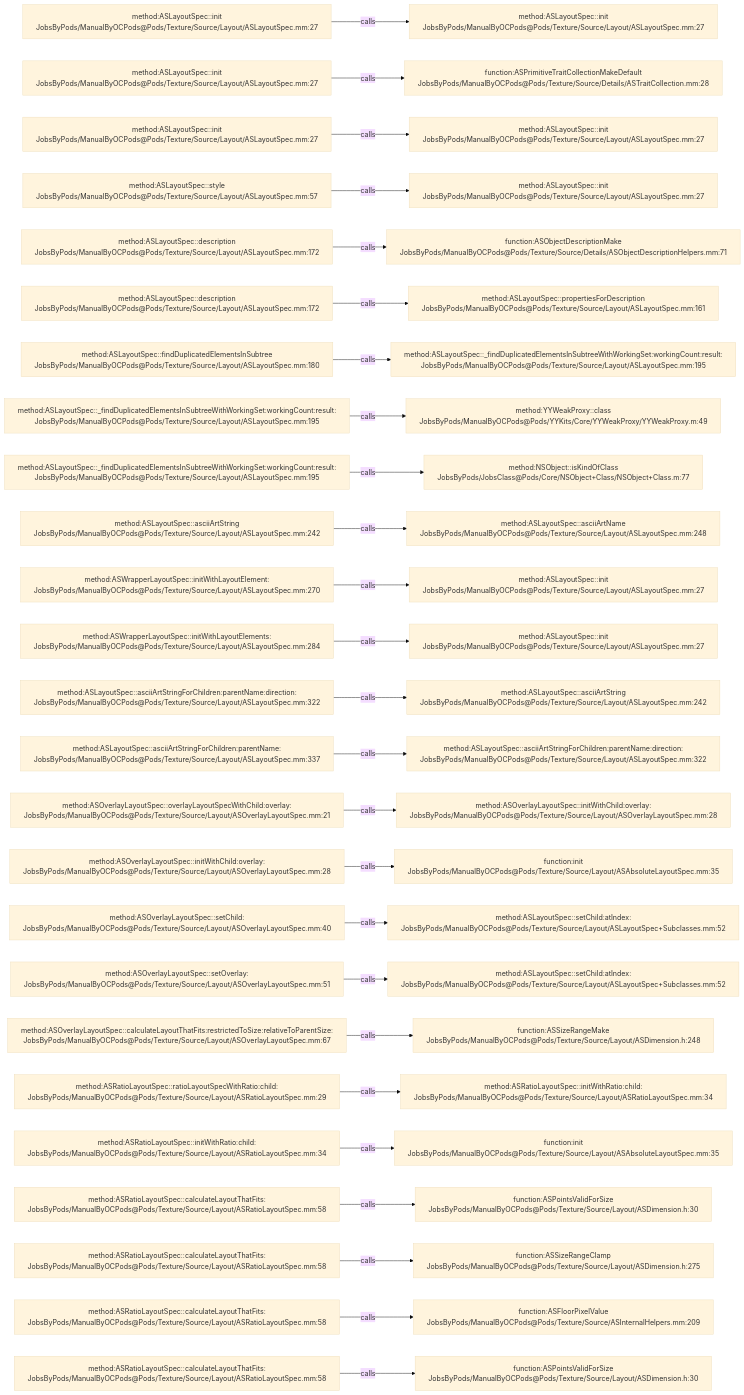
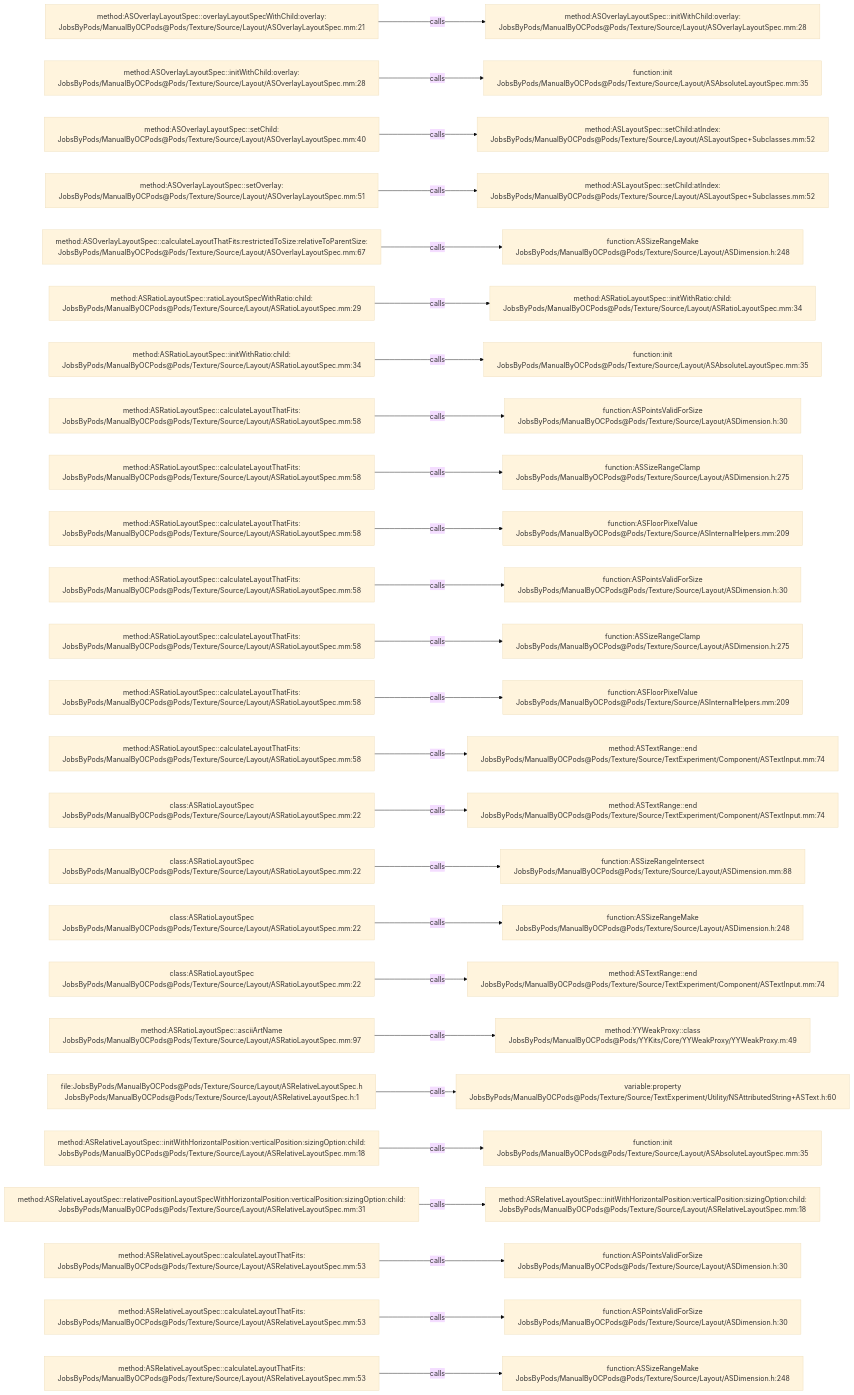
The diagram in .codegraph/codegraph.md/graphs/calls-183.md (JobsKits/JobsOCBaseConfigDemo), drawn with Mermaid (base theme) before and after one commit. The commit also changed 296 other files, not shown here.

````diff
--- a/.codegraph/codegraph.md/graphs/calls-183.md
+++ b/.codegraph/codegraph.md/graphs/calls-183.md
@@ -13,78 +13,78 @@
 ```mermaid
 flowchart LR
-  S1["method:ASLayoutSpec::init<br/>JobsByPods/ManualByOCPods@Pods/Texture/Source/Layout/ASLayoutSpec.mm:27"]
-  T1["method:ASLayoutSpec::init<br/>JobsByPods/ManualByOCPods@Pods/Texture/Source/Layout/ASLayoutSpec.mm:27"]
+  S1["method:ASOverlayLayoutSpec::overlayLayoutSpecWithChild:overlay:<br/>JobsByPods/ManualByOCPods@Pods/Texture/Source/Layout/ASOverlayLayoutSpec.mm:21"]
+  T1["method:ASOverlayLayoutSpec::initWithChild:overlay:<br/>JobsByPods/ManualByOCPods@Pods/Texture/Source/Layout/ASOverlayLayoutSpec.mm:28"]
   S1 -->|calls| T1
-  S2["method:ASLayoutSpec::init<br/>JobsByPods/ManualByOCPods@Pods/Texture/Source/Layout/ASLayoutSpec.mm:27"]
-  T2["function:ASPrimitiveTraitCollectionMakeDefault<br/>JobsByPods/ManualByOCPods@Pods/Texture/Source/Details/ASTraitCollection.mm:28"]
+  S2["method:ASOverlayLayoutSpec::initWithChild:overlay:<br/>JobsByPods/ManualByOCPods@Pods/Texture/Source/Layout/ASOverlayLayoutSpec.mm:28"]
+  T2["function:init<br/>JobsByPods/ManualByOCPods@Pods/Texture/Source/Layout/ASAbsoluteLayoutSpec.mm:35"]
   S2 -->|calls| T2
-  S3["method:ASLayoutSpec::init<br/>JobsByPods/ManualByOCPods@Pods/Texture/Source/Layout/ASLayoutSpec.mm:27"]
-  T3["method:ASLayoutSpec::init<br/>JobsByPods/ManualByOCPods@Pods/Texture/Source/Layout/ASLayoutSpec.mm:27"]
+  S3["method:ASOverlayLayoutSpec::setChild:<br/>JobsByPods/ManualByOCPods@Pods/Texture/Source/Layout/ASOverlayLayoutSpec.mm:40"]
+  T3["method:ASLayoutSpec::setChild:atIndex:<br/>JobsByPods/ManualByOCPods@Pods/Texture/Source/Layout/ASLayoutSpec+Subclasses.mm:52"]
   S3 -->|calls| T3
-  S4["method:ASLayoutSpec::style<br/>JobsByPods/ManualByOCPods@Pods/Texture/Source/Layout/ASLayoutSpec.mm:57"]
-  T4["method:ASLayoutSpec::init<br/>JobsByPods/ManualByOCPods@Pods/Texture/Source/Layout/ASLayoutSpec.mm:27"]
+  S4["method:ASOverlayLayoutSpec::setOverlay:<br/>JobsByPods/ManualByOCPods@Pods/Texture/Source/Layout/ASOverlayLayoutSpec.mm:51"]
+  T4["method:ASLayoutSpec::setChild:atIndex:<br/>JobsByPods/ManualByOCPods@Pods/Texture/Source/Layout/ASLayoutSpec+Subclasses.mm:52"]
   S4 -->|calls| T4
-  S5["method:ASLayoutSpec::description<br/>JobsByPods/ManualByOCPods@Pods/Texture/Source/Layout/ASLayoutSpec.mm:172"]
-  T5["function:ASObjectDescriptionMake<br/>JobsByPods/ManualByOCPods@Pods/Texture/Source/Details/ASObjectDescriptionHelpers.mm:71"]
+  S5["method:ASOverlayLayoutSpec::calculateLayoutThatFits:restrictedToSize:relativeToParentSize:<br/>JobsByPods/ManualByOCPods@Pods/Texture/Source/Layout/ASOverlayLayoutSpec.mm:67"]
+  T5["function:ASSizeRangeMake<br/>JobsByPods/ManualByOCPods@Pods/Texture/Source/Layout/ASDimension.h:248"]
   S5 -->|calls| T5
-  S6["method:ASLayoutSpec::description<br/>JobsByPods/ManualByOCPods@Pods/Texture/Source/Layout/ASLayoutSpec.mm:172"]
-  T6["method:ASLayoutSpec::propertiesForDescription<br/>JobsByPods/ManualByOCPods@Pods/Texture/Source/Layout/ASLayoutSpec.mm:161"]
+  S6["method:ASRatioLayoutSpec::ratioLayoutSpecWithRatio:child:<br/>JobsByPods/ManualByOCPods@Pods/Texture/Source/Layout/ASRatioLayoutSpec.mm:29"]
+  T6["method:ASRatioLayoutSpec::initWithRatio:child:<br/>JobsByPods/ManualByOCPods@Pods/Texture/Source/Layout/ASRatioLayoutSpec.mm:34"]
   S6 -->|calls| T6
-  S7["method:ASLayoutSpec::findDuplicatedElementsInSubtree<br/>JobsByPods/ManualByOCPods@Pods/Texture/Source/Layout/ASLayoutSpec.mm:180"]
-  T7["method:ASLayoutSpec::_findDuplicatedElementsInSubtreeWithWorkingSet:workingCount:result:<br/>JobsByPods/ManualByOCPods@Pods/Texture/Source/Layout/ASLayoutSpec.mm:195"]
+  S7["method:ASRatioLayoutSpec::initWithRatio:child:<br/>JobsByPods/ManualByOCPods@Pods/Texture/Source/Layout/ASRatioLayoutSpec.mm:34"]
+  T7["function:init<br/>JobsByPods/ManualByOCPods@Pods/Texture/Source/Layout/ASAbsoluteLayoutSpec.mm:35"]
   S7 -->|calls| T7
-  S8["method:ASLayoutSpec::_findDuplicatedElementsInSubtreeWithWorkingSet:workingCount:result:<br/>JobsByPods/ManualByOCPods@Pods/Texture/Source/Layout/ASLayoutSpec.mm:195"]
-  T8["method:YYWeakProxy::class<br/>JobsByPods/ManualByOCPods@Pods/YYKits/Core/YYWeakProxy/YYWeakProxy.m:49"]
+  S8["method:ASRatioLayoutSpec::calculateLayoutThatFits:<br/>JobsByPods/ManualByOCPods@Pods/Texture/Source/Layout/ASRatioLayoutSpec.mm:58"]
+  T8["function:ASPointsValidForSize<br/>JobsByPods/ManualByOCPods@Pods/Texture/Source/Layout/ASDimension.h:30"]
   S8 -->|calls| T8
-  S9["method:ASLayoutSpec::_findDuplicatedElementsInSubtreeWithWorkingSet:workingCount:result:<br/>JobsByPods/ManualByOCPods@Pods/Texture/Source/Layout/ASLayoutSpec.mm:195"]
-  T9["method:NSObject::isKindOfClass<br/>JobsByPods/JobsClass@Pods/Core/NSObject+Class/NSObject+Class.m:77"]
+  S9["method:ASRatioLayoutSpec::calculateLayoutThatFits:<br/>JobsByPods/ManualByOCPods@Pods/Texture/Source/Layout/ASRatioLayoutSpec.mm:58"]
+  T9["function:ASSizeRangeClamp<br/>JobsByPods/ManualByOCPods@Pods/Texture/Source/Layout/ASDimension.h:275"]
   S9 -->|calls| T9
-  S10["method:ASLayoutSpec::asciiArtString<br/>JobsByPods/ManualByOCPods@Pods/Texture/Source/Layout/ASLayoutSpec.mm:242"]
-  T10["method:ASLayoutSpec::asciiArtName<br/>JobsByPods/ManualByOCPods@Pods/Texture/Source/Layout/ASLayoutSpec.mm:248"]
+  S10["method:ASRatioLayoutSpec::calculateLayoutThatFits:<br/>JobsByPods/ManualByOCPods@Pods/Texture/Source/Layout/ASRatioLayoutSpec.mm:58"]
+  T10["function:ASFloorPixelValue<br/>JobsByPods/ManualByOCPods@Pods/Texture/Source/ASInternalHelpers.mm:209"]
   S10 -->|calls| T10
-  S11["method:ASWrapperLayoutSpec::initWithLayoutElement:<br/>JobsByPods/ManualByOCPods@Pods/Texture/Source/Layout/ASLayoutSpec.mm:270"]
-  T11["method:ASLayoutSpec::init<br/>JobsByPods/ManualByOCPods@Pods/Texture/Source/Layout/ASLayoutSpec.mm:27"]
+  S11["method:ASRatioLayoutSpec::calculateLayoutThatFits:<br/>JobsByPods/ManualByOCPods@Pods/Texture/Source/Layout/ASRatioLayoutSpec.mm:58"]
+  T11["function:ASPointsValidForSize<br/>JobsByPods/ManualByOCPods@Pods/Texture/Source/Layout/ASDimension.h:30"]
   S11 -->|calls| T11
-  S12["method:ASWrapperLayoutSpec::initWithLayoutElements:<br/>JobsByPods/ManualByOCPods@Pods/Texture/Source/Layout/ASLayoutSpec.mm:284"]
-  T12["method:ASLayoutSpec::init<br/>JobsByPods/ManualByOCPods@Pods/Texture/Source/Layout/ASLayoutSpec.mm:27"]
+  S12["method:ASRatioLayoutSpec::calculateLayoutThatFits:<br/>JobsByPods/ManualByOCPods@Pods/Texture/Source/Layout/ASRatioLayoutSpec.mm:58"]
+  T12["function:ASSizeRangeClamp<br/>JobsByPods/ManualByOCPods@Pods/Texture/Source/Layout/ASDimension.h:275"]
   S12 -->|calls| T12
-  S13["method:ASLayoutSpec::asciiArtStringForChildren:parentName:direction:<br/>JobsByPods/ManualByOCPods@Pods/Texture/Source/Layout/ASLayoutSpec.mm:322"]
-  T13["method:ASLayoutSpec::asciiArtString<br/>JobsByPods/ManualByOCPods@Pods/Texture/Source/Layout/ASLayoutSpec.mm:242"]
+  S13["method:ASRatioLayoutSpec::calculateLayoutThatFits:<br/>JobsByPods/ManualByOCPods@Pods/Texture/Source/Layout/ASRatioLayoutSpec.mm:58"]
+  T13["function:ASFloorPixelValue<br/>JobsByPods/ManualByOCPods@Pods/Texture/Source/ASInternalHelpers.mm:209"]
   S13 -->|calls| T13
-  S14["method:ASLayoutSpec::asciiArtStringForChildren:parentName:<br/>JobsByPods/ManualByOCPods@Pods/Texture/Source/Layout/ASLayoutSpec.mm:337"]
-  T14["method:ASLayoutSpec::asciiArtStringForChildren:parentName:direction:<br/>JobsByPods/ManualByOCPods@Pods/Texture/Source/Layout/ASLayoutSpec.mm:322"]
+  S14["method:ASRatioLayoutSpec::calculateLayoutThatFits:<br/>JobsByPods/ManualByOCPods@Pods/Texture/Source/Layout/ASRatioLayoutSpec.mm:58"]
+  T14["method:ASTextRange::end<br/>JobsByPods/ManualByOCPods@Pods/Texture/Source/TextExperiment/Component/ASTextInput.mm:74"]
   S14 -->|calls| T14
-  S15["method:ASOverlayLayoutSpec::overlayLayoutSpecWithChild:overlay:<br/>JobsByPods/ManualByOCPods@Pods/Texture/Source/Layout/ASOverlayLayoutSpec.mm:21"]
-  T15["method:ASOverlayLayoutSpec::initWithChild:overlay:<br/>JobsByPods/ManualByOCPods@Pods/Texture/Source/Layout/ASOverlayLayoutSpec.mm:28"]
+  S15["class:ASRatioLayoutSpec<br/>JobsByPods/ManualByOCPods@Pods/Texture/Source/Layout/ASRatioLayoutSpec.mm:22"]
+  T15["method:ASTextRange::end<br/>JobsByPods/ManualByOCPods@Pods/Texture/Source/TextExperiment/Component/ASTextInput.mm:74"]
   S15 -->|calls| T15
-  S16["method:ASOverlayLayoutSpec::initWithChild:overlay:<br/>JobsByPods/ManualByOCPods@Pods/Texture/Source/Layout/ASOverlayLayoutSpec.mm:28"]
-  T16["function:init<br/>JobsByPods/ManualByOCPods@Pods/Texture/Source/Layout/ASAbsoluteLayoutSpec.mm:35"]
+  S16["class:ASRatioLayoutSpec<br/>JobsByPods/ManualByOCPods@Pods/Texture/Source/Layout/ASRatioLayoutSpec.mm:22"]
+  T16["function:ASSizeRangeIntersect<br/>JobsByPods/ManualByOCPods@Pods/Texture/Source/Layout/ASDimension.mm:88"]
   S16 -->|calls| T16
-  S17["method:ASOverlayLayoutSpec::setChild:<br/>JobsByPods/ManualByOCPods@Pods/Texture/Source/Layout/ASOverlayLayoutSpec.mm:40"]
-  T17["method:ASLayoutSpec::setChild:atIndex:<br/>JobsByPods/ManualByOCPods@Pods/Texture/Source/Layout/ASLayoutSpec+Subclasses.mm:52"]
+  S17["class:ASRatioLayoutSpec<br/>JobsByPods/ManualByOCPods@Pods/Texture/Source/Layout/ASRatioLayoutSpec.mm:22"]
+  T17["function:ASSizeRangeMake<br/>JobsByPods/ManualByOCPods@Pods/Texture/Source/Layout/ASDimension.h:248"]
   S17 -->|calls| T17
-  S18["method:ASOverlayLayoutSpec::setOverlay:<br/>JobsByPods/ManualByOCPods@Pods/Texture/Source/Layout/ASOverlayLayoutSpec.mm:51"]
-  T18["method:ASLayoutSpec::setChild:atIndex:<br/>JobsByPods/ManualByOCPods@Pods/Texture/Source/Layout/ASLayoutSpec+Subclasses.mm:52"]
+  S18["class:ASRatioLayoutSpec<br/>JobsByPods/ManualByOCPods@Pods/Texture/Source/Layout/ASRatioLayoutSpec.mm:22"]
+  T18["method:ASTextRange::end<br/>JobsByPods/ManualByOCPods@Pods/Texture/Source/TextExperiment/Component/ASTextInput.mm:74"]
   S18 -->|calls| T18
-  S19["method:ASOverlayLayoutSpec::calculateLayoutThatFits:restrictedToSize:relativeToParentSize:<br/>JobsByPods/ManualByOCPods@Pods/Texture/Source/Layout/ASOverlayLayoutSpec.mm:67"]
-  T19["function:ASSizeRangeMake<br/>JobsByPods/ManualByOCPods@Pods/Texture/Source/Layout/ASDimension.h:248"]
+  S19["method:ASRatioLayoutSpec::asciiArtName<br/>JobsByPods/ManualByOCPods@Pods/Texture/Source/Layout/ASRatioLayoutSpec.mm:97"]
+  T19["method:YYWeakProxy::class<br/>JobsByPods/ManualByOCPods@Pods/YYKits/Core/YYWeakProxy/YYWeakProxy.m:49"]
   S19 -->|calls| T19
-  S20["method:ASRatioLayoutSpec::ratioLayoutSpecWithRatio:child:<br/>JobsByPods/ManualByOCPods@Pods/Texture/Source/Layout/ASRatioLayoutSpec.mm:29"]
-  T20["method:ASRatioLayoutSpec::initWithRatio:child:<br/>JobsByPods/ManualByOCPods@Pods/Texture/Source/Layout/ASRatioLayoutSpec.mm:34"]
+  S20["file:JobsByPods/ManualByOCPods@Pods/Texture/Source/Layout/ASRelativeLayoutSpec.h<br/>JobsByPods/ManualByOCPods@Pods/Texture/Source/Layout/ASRelativeLayoutSpec.h:1"]
+  T20["variable:property<br/>JobsByPods/ManualByOCPods@Pods/Texture/Source/TextExperiment/Utility/NSAttributedString+ASText.h:60"]
   S20 -->|calls| T20
-  S21["method:ASRatioLayoutSpec::initWithRatio:child:<br/>JobsByPods/ManualByOCPods@Pods/Texture/Source/Layout/ASRatioLayoutSpec.mm:34"]
+  S21["method:ASRelativeLayoutSpec::initWithHorizontalPosition:verticalPosition:sizingOption:child:<br/>JobsByPods/ManualByOCPods@Pods/Texture/Source/Layout/ASRelativeLayoutSpec.mm:18"]
   T21["function:init<br/>JobsByPods/ManualByOCPods@Pods/Texture/Source/Layout/ASAbsoluteLayoutSpec.mm:35"]
   S21 -->|calls| T21
-  S22["method:ASRatioLayoutSpec::calculateLayoutThatFits:<br/>JobsByPods/ManualByOCPods@Pods/Texture/Source/Layout/ASRatioLayoutSpec.mm:58"]
-  T22["function:ASPointsValidForSize<br/>JobsByPods/ManualByOCPods@Pods/Texture/Source/Layout/ASDimension.h:30"]
+  S22["method:ASRelativeLayoutSpec::relativePositionLayoutSpecWithHorizontalPosition:verticalPosition:sizingOption:child:<br/>JobsByPods/ManualByOCPods@Pods/Texture/Source/Layout/ASRelativeLayoutSpec.mm:31"]
+  T22["method:ASRelativeLayoutSpec::initWithHorizontalPosition:verticalPosition:sizingOption:child:<br/>JobsByPods/ManualByOCPods@Pods/Texture/Source/Layout/ASRelativeLayoutSpec.mm:18"]
   S22 -->|calls| T22
-  S23["method:ASRatioLayoutSpec::calculateLayoutThatFits:<br/>JobsByPods/ManualByOCPods@Pods/Texture/Source/Layout/ASRatioLayoutSpec.mm:58"]
-  T23["function:ASSizeRangeClamp<br/>JobsByPods/ManualByOCPods@Pods/Texture/Source/Layout/ASDimension.h:275"]
+  S23["method:ASRelativeLayoutSpec::calculateLayoutThatFits:<br/>JobsByPods/ManualByOCPods@Pods/Texture/Source/Layout/ASRelativeLayoutSpec.mm:53"]
+  T23["function:ASPointsValidForSize<br/>JobsByPods/ManualByOCPods@Pods/Texture/Source/Layout/ASDimension.h:30"]
   S23 -->|calls| T23
-  S24["method:ASRatioLayoutSpec::calculateLayoutThatFits:<br/>JobsByPods/ManualByOCPods@Pods/Texture/Source/Layout/ASRatioLayoutSpec.mm:58"]
-  T24["function:ASFloorPixelValue<br/>JobsByPods/ManualByOCPods@Pods/Texture/Source/ASInternalHelpers.mm:209"]
+  S24["method:ASRelativeLayoutSpec::calculateLayoutThatFits:<br/>JobsByPods/ManualByOCPods@Pods/Texture/Source/Layout/ASRelativeLayoutSpec.mm:53"]
+  T24["function:ASPointsValidForSize<br/>JobsByPods/ManualByOCPods@Pods/Texture/Source/Layout/ASDimension.h:30"]
   S24 -->|calls| T24
-  S25["method:ASRatioLayoutSpec::calculateLayoutThatFits:<br/>JobsByPods/ManualByOCPods@Pods/Texture/Source/Layout/ASRatioLayoutSpec.mm:58"]
-  T25["function:ASPointsValidForSize<br/>JobsByPods/ManualByOCPods@Pods/Texture/Source/Layout/ASDimension.h:30"]
+  S25["method:ASRelativeLayoutSpec::calculateLayoutThatFits:<br/>JobsByPods/ManualByOCPods@Pods/Texture/Source/Layout/ASRelativeLayoutSpec.mm:53"]
+  T25["function:ASSizeRangeMake<br/>JobsByPods/ManualByOCPods@Pods/Texture/Source/Layout/ASDimension.h:248"]
   S25 -->|calls| T25
 ```
````
